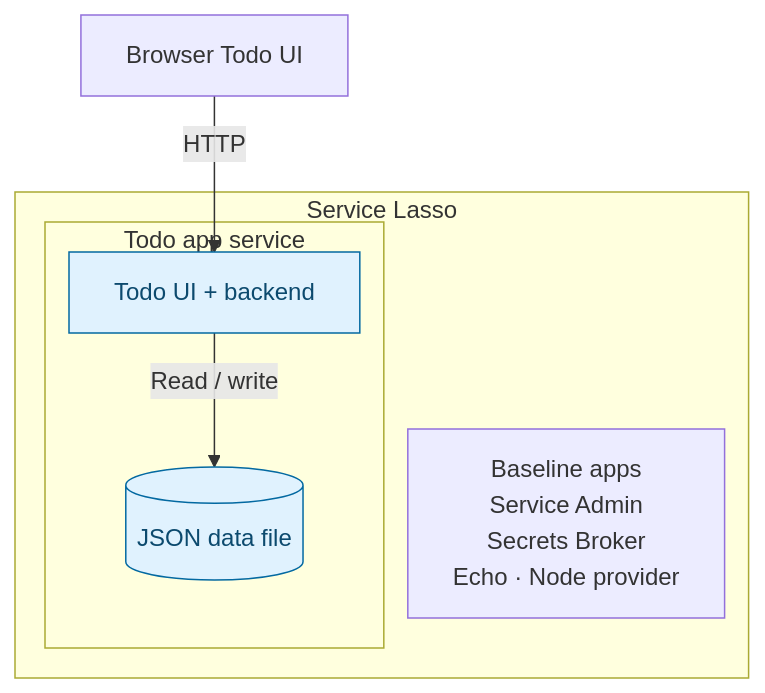
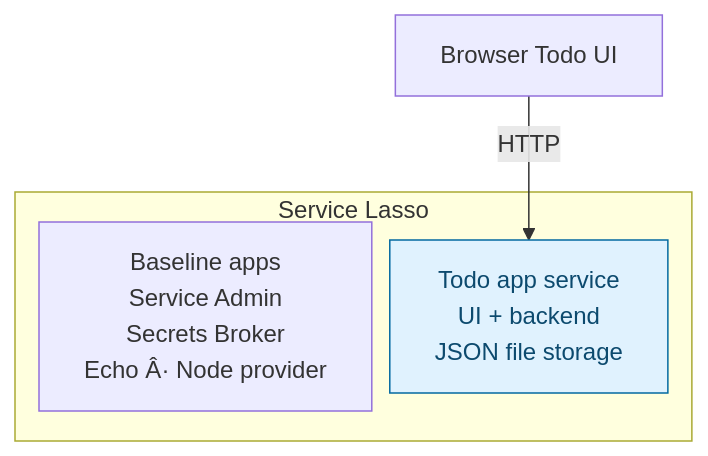
The diagram in docs/getting-started/beginner-todo-app.md (service-lasso/service-lasso), drawn with Mermaid before and after one commit. The commit also changed other lines of this file, not shown here.

Commit message:
docs(1658): keep Todo storage within its service diagram node

````diff
--- a/docs/getting-started/beginner-todo-app.md
+++ b/docs/getting-started/beginner-todo-app.md
@@ -20,18 +20,14 @@
 ```mermaid
 %%{init: {"flowchart": {"nodeSpacing": 12, "rankSpacing": 40}}}%%
 flowchart TB
   accTitle: Stage 1: Add a managed Todo app
   accDescr: Service Lasso manages the Todo app from stage one alongside baseline apps. Stage two adds PostgreSQL. Stage three adds a Go API between the Todo service and database. JSON storage belongs to the Todo service and is not a separate service.
   browser["Browser Todo UI"]
   subgraph lasso["Service Lasso"]
-    baseline["Baseline apps<br/>Service Admin<br/>Secrets Broker<br/>Echo · Node provider"]
-    subgraph app["Todo app service"]
-      todo["Todo UI + backend"]
-      file[("JSON data file")]
-      todo -->|Read / write| file
-    end
+    baseline["Baseline apps<br/>Service Admin<br/>Secrets Broker<br/>Echo Â· Node provider"]
+    todo["Todo app service<br/>UI + backend<br/>JSON file storage"]
   end
   browser -->|HTTP| todo
   classDef added fill:#e0f2fe,stroke:#0369a1,color:#0c4a6e
-  class todo,file added
+  class todo added
 ```
````
